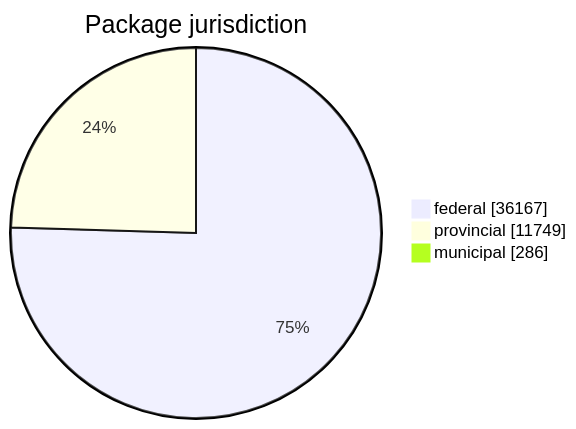
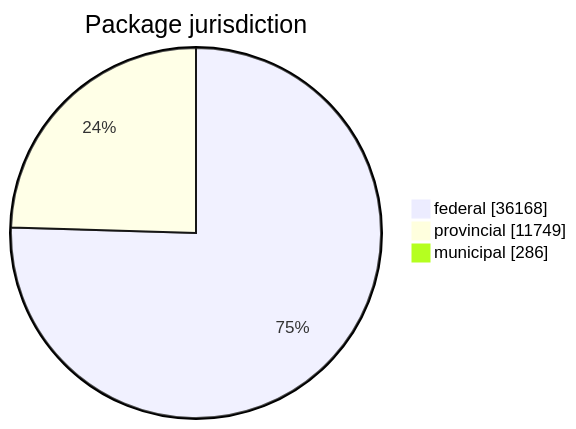
One commit to open-data/analytics-corporate-reporting changed the first of 5 diagrams in FreshCheck/README.md. Above: the diagram before and after it, drawn with Mermaid. The commit also changed other lines of this file and 3 other files, not shown here.

````diff
--- a/FreshCheck/README.md
+++ b/FreshCheck/README.md
@@ -60,6 +60,6 @@
 ```mermaid
 pie showData title Package jurisdiction
-    "federal": 36167
+    "federal": 36168
     "provincial": 11749
     "municipal": 286
 ```
````
